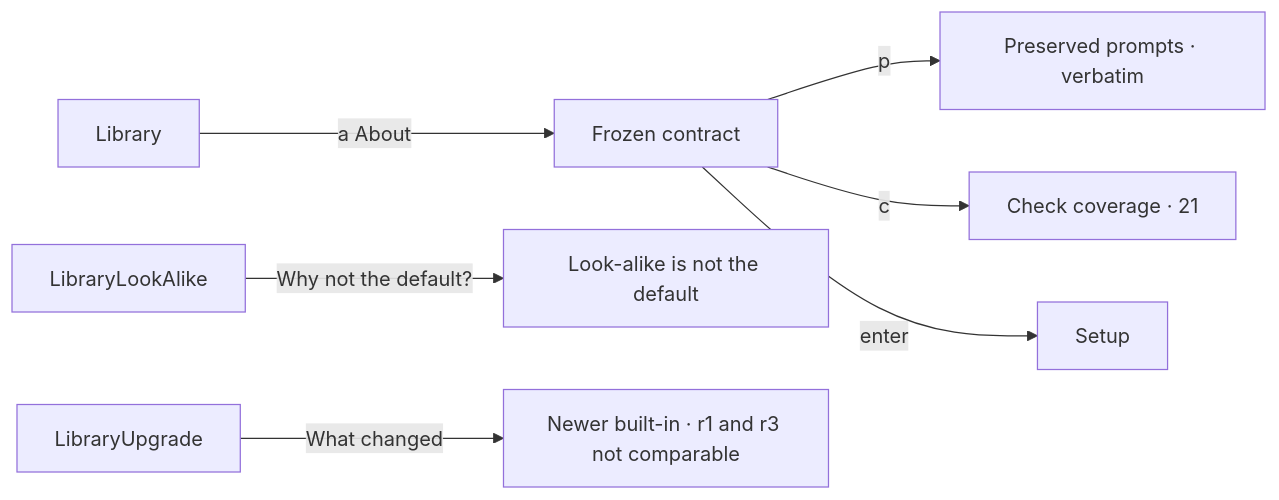
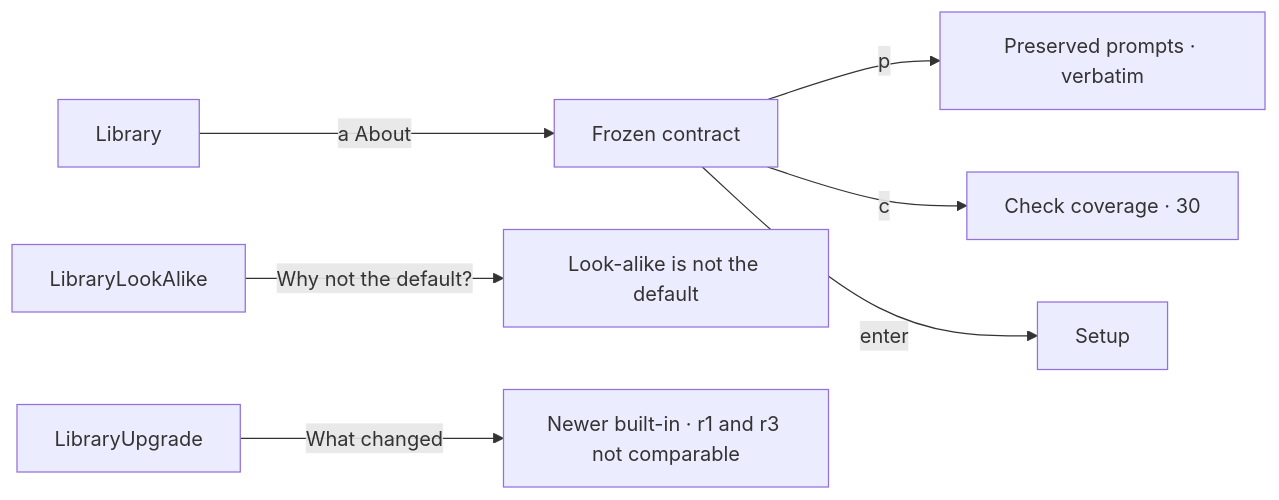
Before and after one commit to AxionomicAI/AxBenchmark: diagram 14 of 23 in spec/design/wireframe-tui/navigation.md, drawn with Mermaid. The commit also changed other lines of this file and 329 other files, not shown here.

````diff
--- a/spec/design/wireframe-tui/navigation.md
+++ b/spec/design/wireframe-tui/navigation.md
@@ -310,9 +324,9 @@
 ```mermaid
 flowchart LR
     Library -->|"a About"| InventoryAbout["Frozen contract"]
     InventoryAbout -->|p| InventoryPrompts["Preserved prompts · verbatim"]
-    InventoryAbout -->|c| InventoryChecks["Check coverage · 21"]
+    InventoryAbout -->|c| InventoryChecks["Check coverage · 30"]
     InventoryAbout -->|enter| Setup
     LibraryLookAlike -->|Why not the default?| InventoryVariant["Look-alike is not the default"]
     LibraryUpgrade -->|What changed| InventoryUpgrade["Newer built-in · r1 and r3 not comparable"]
 ```
````
